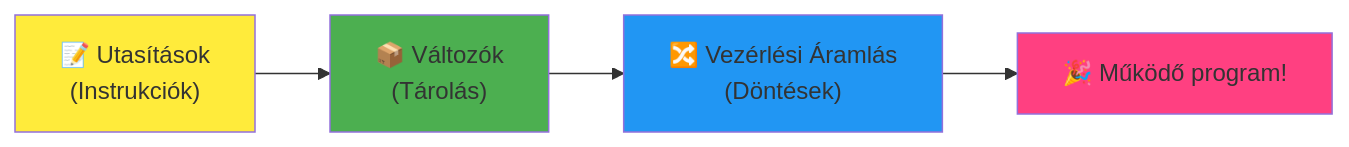
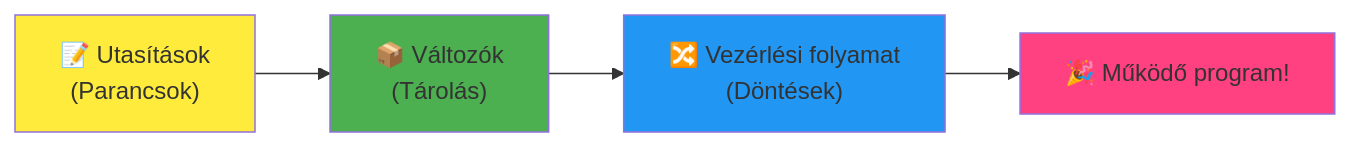
Before and after one commit to microsoft/Web-Dev-For-Beginners: the fourth of 7 diagrams in translations/hu/1-getting-started-lessons/1-intro-to-programming-languages/README.md, drawn with Mermaid. The commit also changed other lines of this file and 8 other files, not shown here.

````diff
--- a/translations/hu/1-getting-started-lessons/1-intro-to-programming-languages/README.md
+++ b/translations/hu/1-getting-started-lessons/1-intro-to-programming-languages/README.md
@@ -467,9 +467,9 @@
 ```mermaid
 flowchart LR
-    A["📝 Utasítások<br/>(Instrukciók)"] --> B["📦 Változók<br/>(Tárolás)"] --> C["🔀 Vezérlési Áramlás<br/>(Döntések)"] --> D["🎉 Működő program!"]
+    A["📝 Utasítások<br/>(Parancsok)"] --> B["📦 Változók<br/>(Tárolás)"] --> C["🔀 Vezérlési folyamat<br/>(Döntések)"] --> D["🎉 Működő program!"]
     
     style A fill:#ffeb3b
     style B fill:#4caf50
     style C fill:#2196f3
     style D fill:#ff4081
 ```
````
